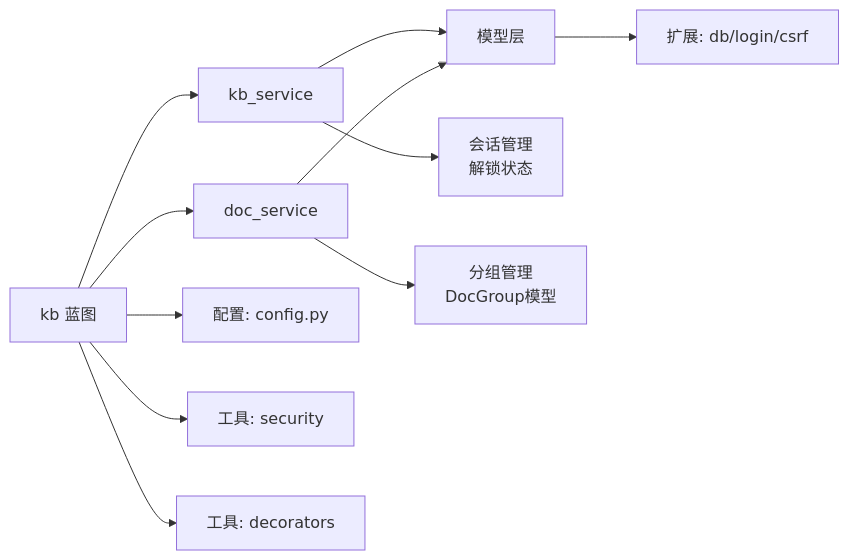
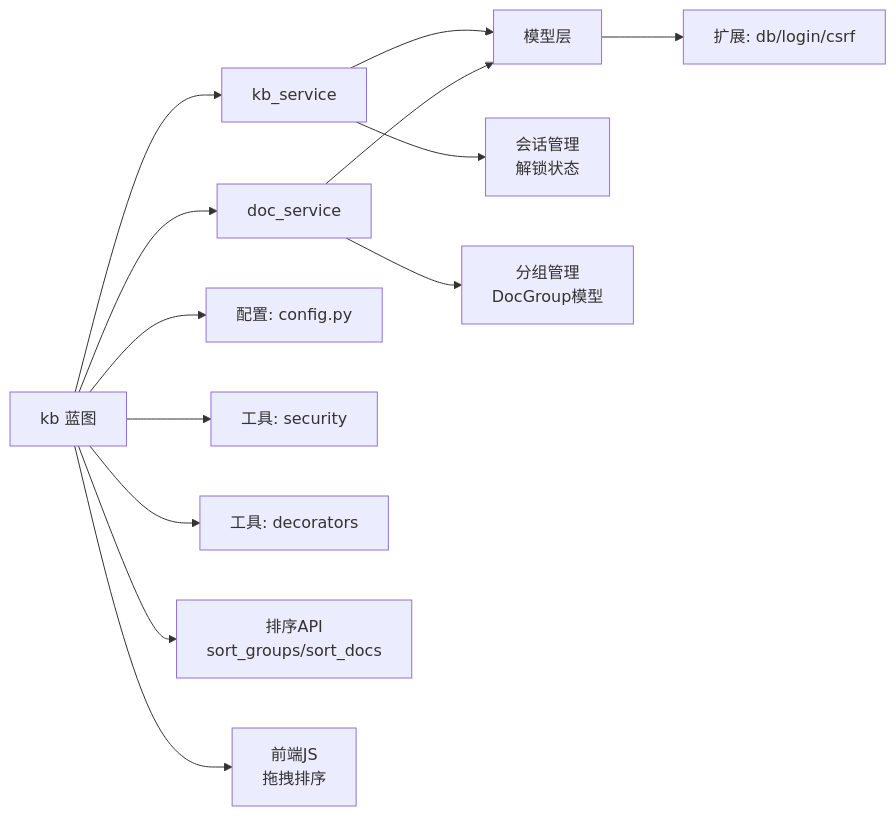
Before and after one commit to beyondalbert/my_wiki: the tenth of 10 diagrams in .qoder/repowiki/zh/content/架构设计/蓝图系统设计/知识库蓝图 (Knowledge Base Blueprint).md, drawn with Mermaid. The commit also changed other lines of this file and 6 other files, not shown here.

````diff
--- a/.qoder/repowiki/zh/content/架构设计/蓝图系统设计/知识库蓝图 (Knowledge Base Blueprint).md
+++ b/.qoder/repowiki/zh/content/架构设计/蓝图系统设计/知识库蓝图 (Knowledge Base Blueprint).md
@@ -527,13 +581,15 @@
 ```mermaid
 graph LR
 KB_BP["kb 蓝图"] --> KB_SVC["kb_service"]
 KB_BP --> DOC_SVC["doc_service"]
 KB_SVC --> MODELS["模型层"]
 DOC_SVC --> MODELS
 MODELS --> EXT["扩展: db/login/csrf"]
 KB_BP --> CFG["配置: config.py"]
 KB_BP --> SEC["工具: security"]
 KB_BP --> DEC["工具: decorators"]
 KB_SVC --> SESSION["会话管理<br/>解锁状态"]
 DOC_SVC --> GROUPS["分组管理<br/>DocGroup模型"]
+KB_BP --> SORT_API["排序API<br/>sort_groups/sort_docs"]
+KB_BP --> FRONTEND_JS["前端JS<br/>拖拽排序"]
 ```
````
